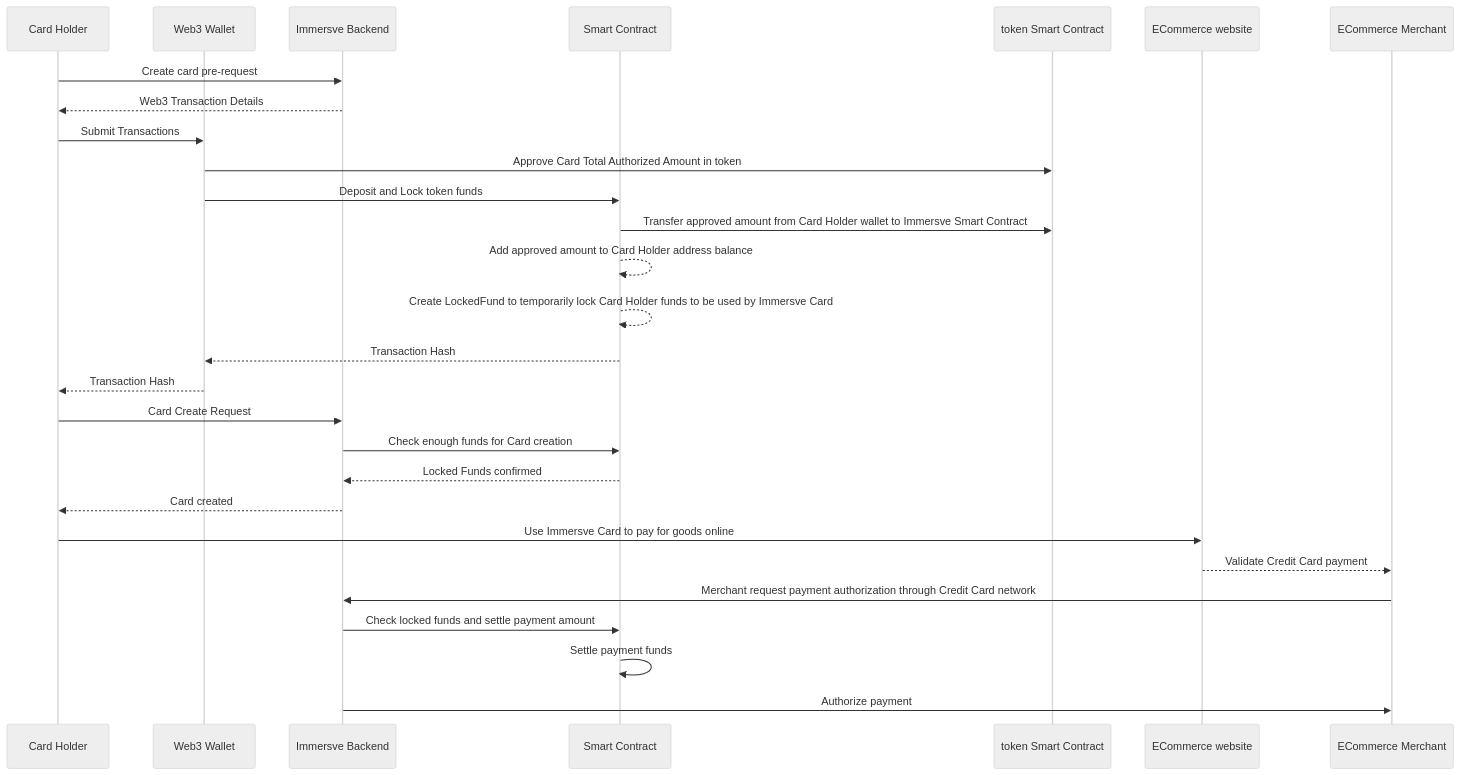
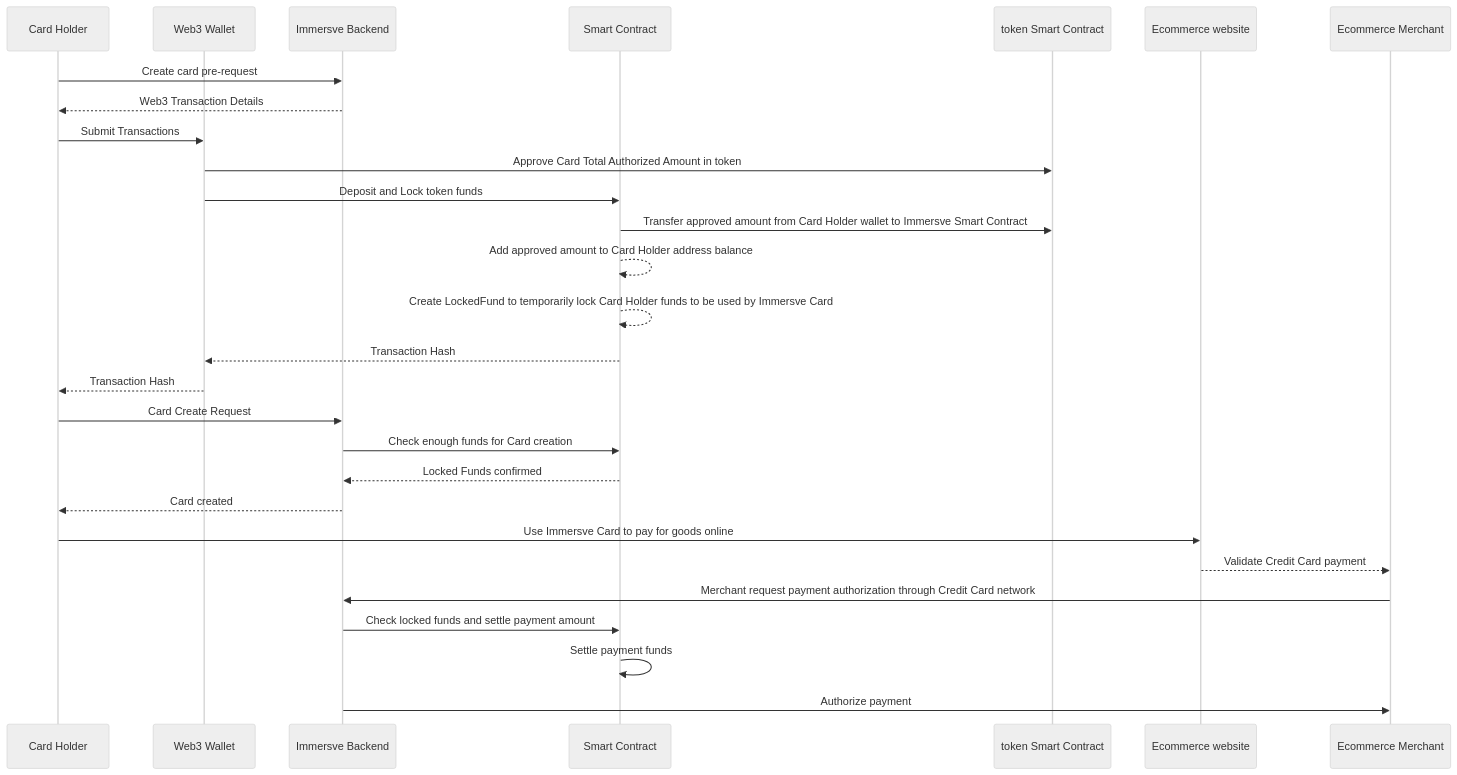
One commit to immersve/immersve-docs changed the second of 2 diagrams in docs/contracts/payment-protocol.md. Above: the diagram before and after it, drawn with Mermaid (neutral theme).

Commit message:
fix Ecommerce typo

````diff
--- a/docs/contracts/payment-protocol.md
+++ b/docs/contracts/payment-protocol.md
@@ -112,30 +112,30 @@
 ```mermaid
 sequenceDiagram
     participant H as Card Holder
     participant W as Web3 Wallet
     participant I as Immersve Backend
     participant S as Smart Contract
     participant U as token Smart Contract
-    participant E as ECommerce website
-    participant M as ECommerce Merchant
+    participant E as Ecommerce website
+    participant M as Ecommerce Merchant
     H->>I: Create card pre-request
     I-->>H: Web3 Transaction Details
     H->>W: Submit Transactions
     W->>U: Approve Card Total Authorized Amount in token
     W->>S: Deposit and Lock token funds
     S->>U: Transfer approved amount from Card Holder wallet to Immersve Smart Contract
     S-->>S: Add approved amount to Card Holder address balance
     S-->>S: Create LockedFund to temporarily lock Card Holder funds to be used by Immersve Card
     S-->>W: Transaction Hash
     W-->>H: Transaction Hash
     H->>I: Card Create Request
     I->>S: Check enough funds for Card creation
     S-->>I: Locked Funds confirmed
     I-->>H: Card created
     H->>E: Use Immersve Card to pay for goods online
     E-->>M: Validate Credit Card payment
     M->>I: Merchant request payment authorization through Credit Card network
     I->>S: Check locked funds and settle payment amount
     S->>S: Settle payment funds
     I->>M: Authorize payment
 ```
````
